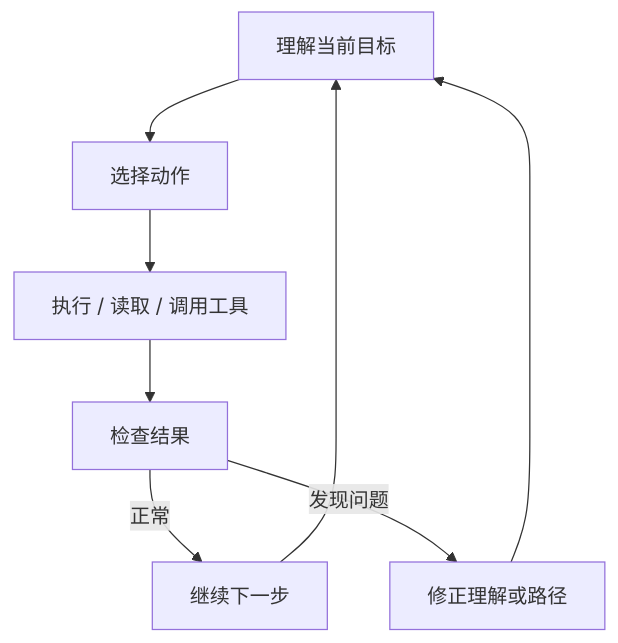
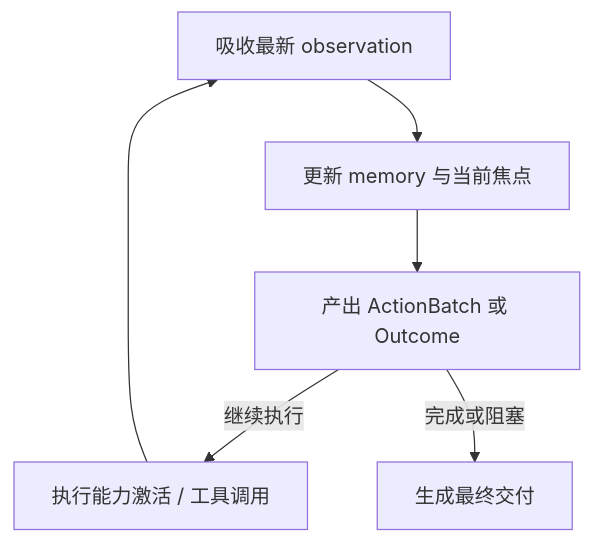
The second of 4 diagrams in doc/ai-design.md (Yoan98/Ncurator), drawn with Mermaid before and after one commit. The commit also changed other lines of this file and 92 other files, not shown here.

````diff
--- a/doc/ai-design.md
+++ b/doc/ai-design.md
@@ -78,10 +86,8 @@
 ```mermaid
 flowchart TD
-    A["理解当前目标"] --> B["选择动作"]
-    B --> C["执行 / 读取 / 调用工具"]
-    C --> D["检查结果"]
-    D -->|正常| E["继续下一步"]
-    D -->|发现问题| F["修正理解或路径"]
-    E --> A
-    F --> A
+    A["吸收最新 observation"] --> B["更新 memory 与当前焦点"]
+    B --> C["产出 ActionBatch 或 Outcome"]
+    C -->|继续执行| D["执行能力激活 / 工具调用"]
+    C -->|完成或阻塞| E["生成最终交付"]
+    D --> A
 ```
````
